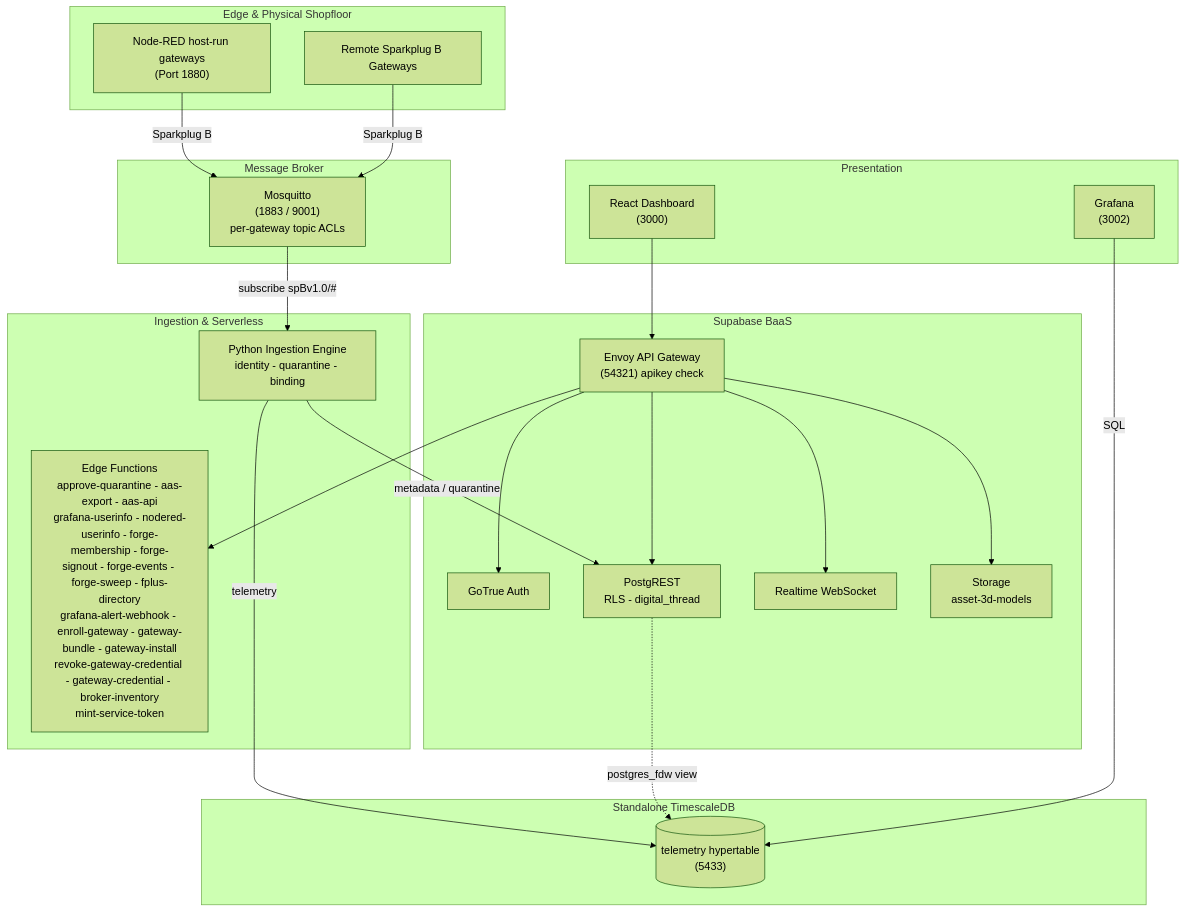
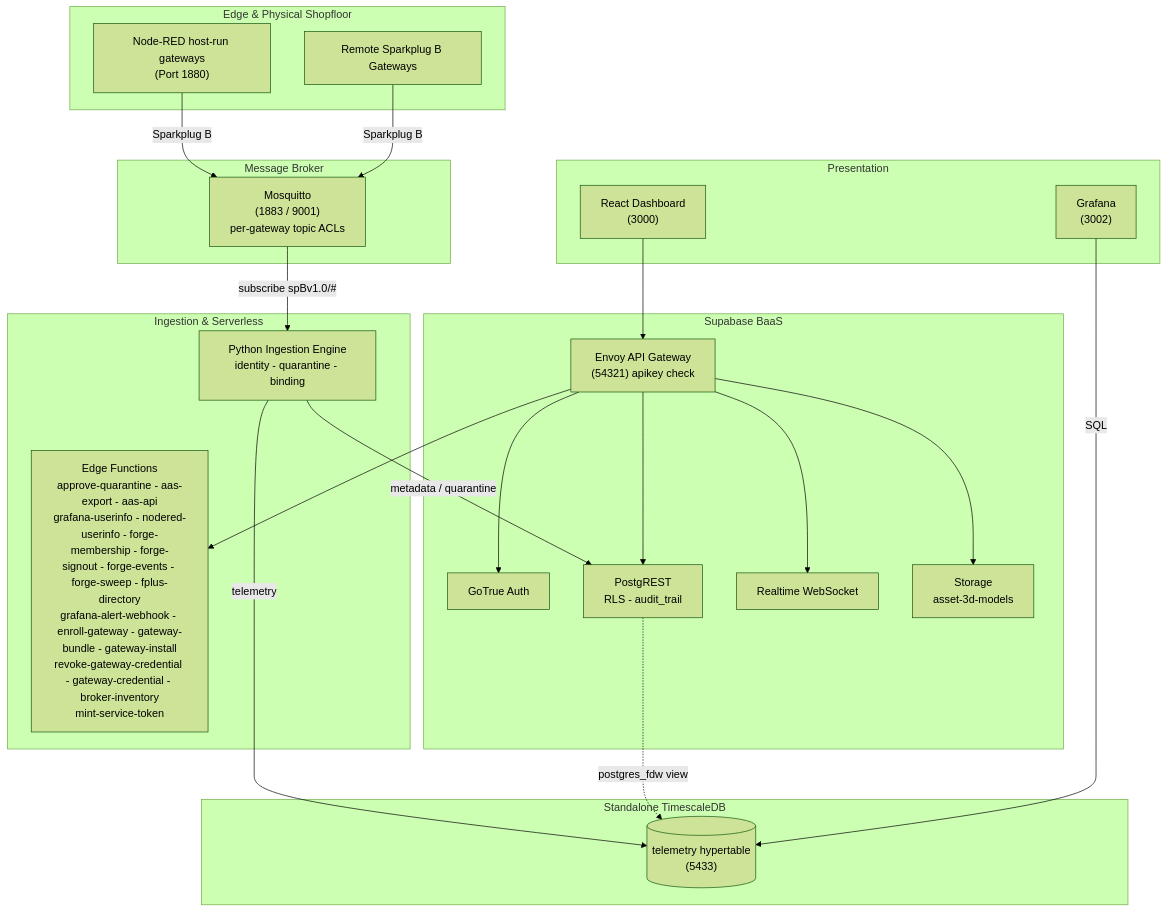
One commit to Harri-Llewelyn/Aber changed the diagram in README.md. Above: the diagram before and after it, drawn with Mermaid (forest theme). The commit also changed other lines of this file and 162 other files, not shown here.

First line of the commit message:
The Digital Thread is called the Audit Trail in every current name, by script

````diff
--- a/README.md
+++ b/README.md
@@ -54,47 +54,47 @@
 ```mermaid
 flowchart TB
     subgraph Edge ["Edge & Physical Shopfloor"]
         NR["Node-RED host-run gateways<br/>(Port 1880)"]
         DEV["Remote Sparkplug B Gateways"]
     end
 
     subgraph Messaging ["Message Broker"]
         MQTT["Mosquitto<br/>(1883 / 9001)<br/>per-gateway topic ACLs"]
     end
 
     subgraph Processing ["Ingestion & Serverless"]
         ING["Python Ingestion Engine<br/>identity - quarantine - binding"]
         EF["Edge Functions<br/>approve-quarantine - aas-export - aas-api<br/>grafana-userinfo - nodered-userinfo - forge-membership - forge-signout - forge-events - forge-sweep - fplus-directory<br/>grafana-alert-webhook - enroll-gateway - gateway-bundle - gateway-install<br/>revoke-gateway-credential - gateway-credential - broker-inventory<br/>mint-service-token"]
     end
 
     subgraph Supabase ["Supabase BaaS"]
         GW["Envoy API Gateway<br/>(54321) apikey check"]
         AUTH["GoTrue Auth"]
-        PGRST["PostgREST<br/>RLS - digital_thread"]
+        PGRST["PostgREST<br/>RLS - audit_trail"]
         RT["Realtime WebSocket"]
         STO["Storage<br/>asset-3d-models"]
     end
 
     subgraph TSDB ["Standalone TimescaleDB"]
         TS[("telemetry hypertable<br/>(5433)")]
     end
 
     subgraph UX ["Presentation"]
         UI["React Dashboard<br/>(3000)"]
         GRAF["Grafana<br/>(3002)"]
     end
 
     NR -->|Sparkplug B| MQTT
     DEV -->|Sparkplug B| MQTT
     MQTT -->|subscribe spBv1.0/#| ING
     ING -->|metadata / quarantine| PGRST
     ING -->|telemetry| TS
     UI --> GW
     GW --> AUTH
     GW --> PGRST
     GW --> RT
     GW --> STO
     GW --> EF
     PGRST -.->|postgres_fdw view| TS
     GRAF -->|SQL| TS
 ```
````
